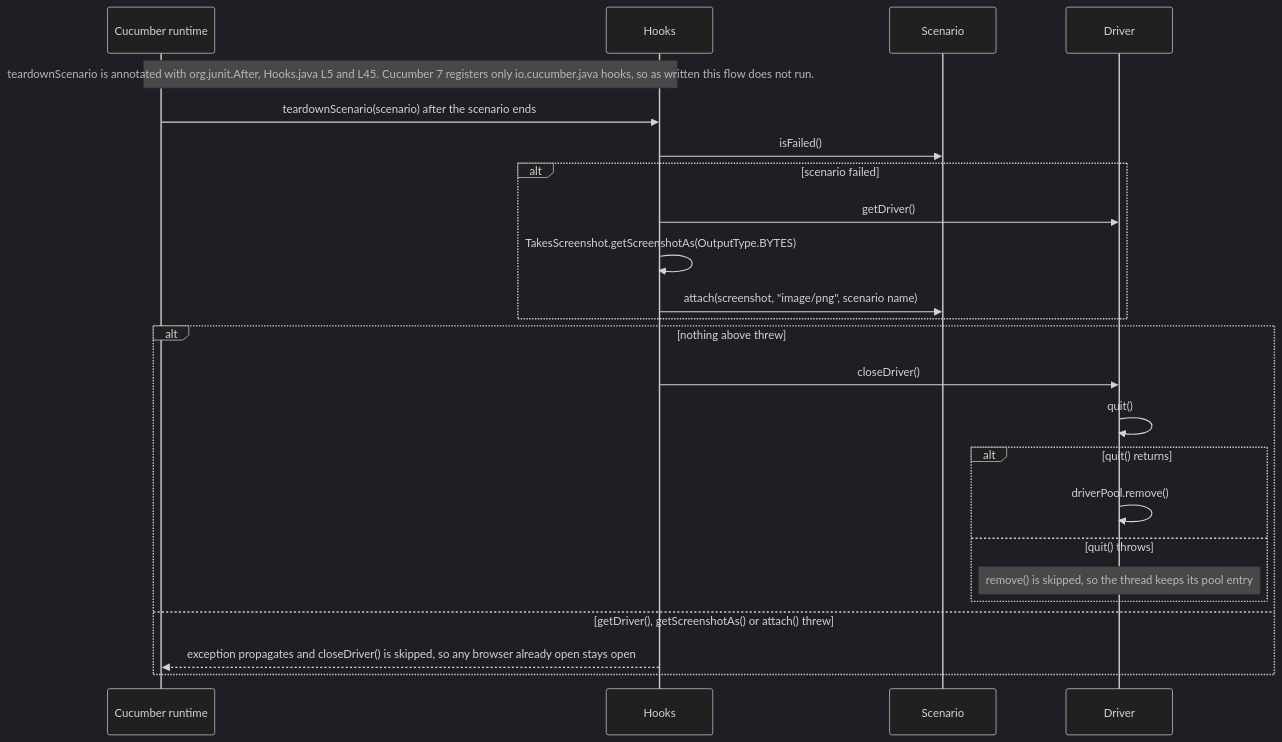
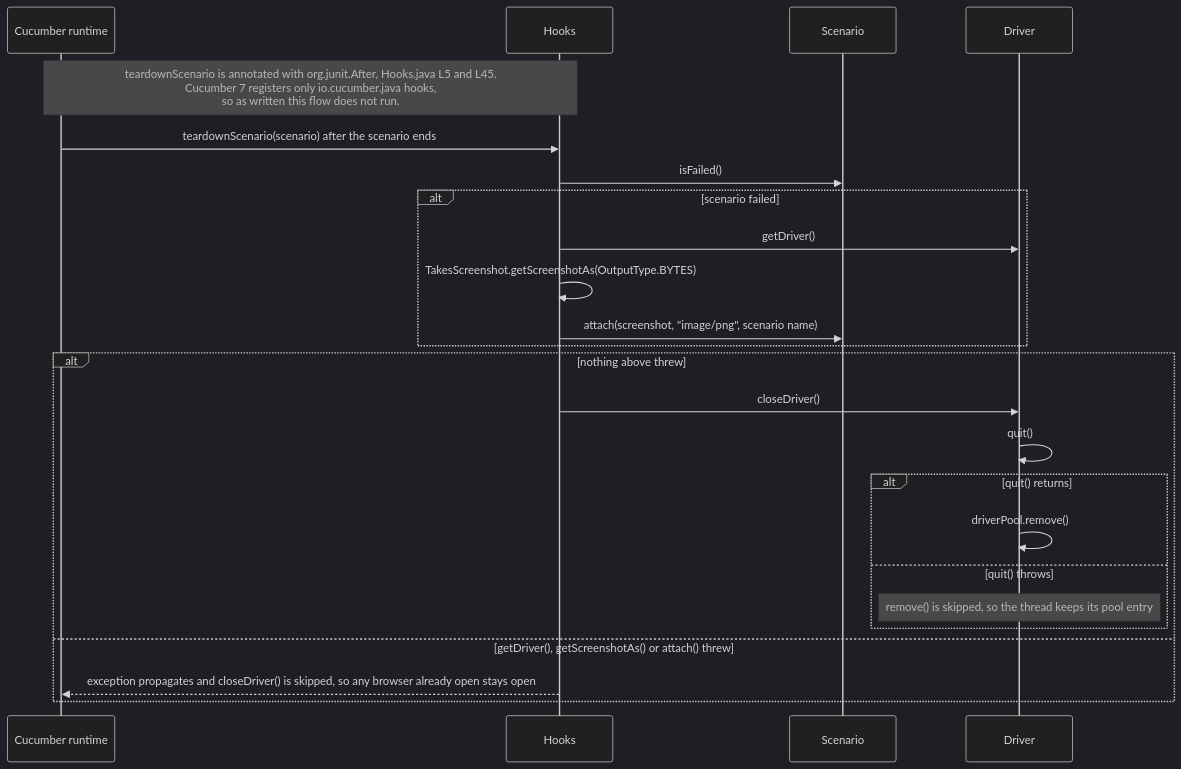
The fourth of 4 diagrams in README.md (lakshya-blitzy/RepoSitory_with_multiple_details_12345-), drawn with Mermaid (dark theme) before and after one commit. The commit also changed other lines of this file and 8 other files, not shown here.

````diff
--- a/README.md
+++ b/README.md
@@ -1540,26 +1557,26 @@
 ```mermaid
 sequenceDiagram
     participant Cu as Cucumber runtime
     participant H as Hooks
     participant Sc as Scenario
     participant D as Driver
-    Note over Cu,H: teardownScenario is annotated with org.junit.After, Hooks.java L5 and L45. Cucumber 7 registers only io.cucumber.java hooks, so as written this flow does not run.
+    Note over Cu,H: teardownScenario is annotated with org.junit.After, Hooks.java L5 and L45.<br/>Cucumber 7 registers only io.cucumber.java hooks,<br/>so as written this flow does not run.
     Cu->>H: teardownScenario(scenario) after the scenario ends
     H->>Sc: isFailed()
     alt scenario failed
         H->>D: getDriver()
         H->>H: TakesScreenshot.getScreenshotAs(OutputType.BYTES)
         H->>Sc: attach(screenshot, "image/png", scenario name)
     end
     alt nothing above threw
         H->>D: closeDriver()
         D->>D: quit()
         alt quit() returns
             D->>D: driverPool.remove()
         else quit() throws
             Note over D: remove() is skipped, so the thread keeps its pool entry
         end
     else getDriver(), getScreenshotAs() or attach() threw
         H-->>Cu: exception propagates and closeDriver() is skipped, so any browser already open stays open
     end
 ```
````
